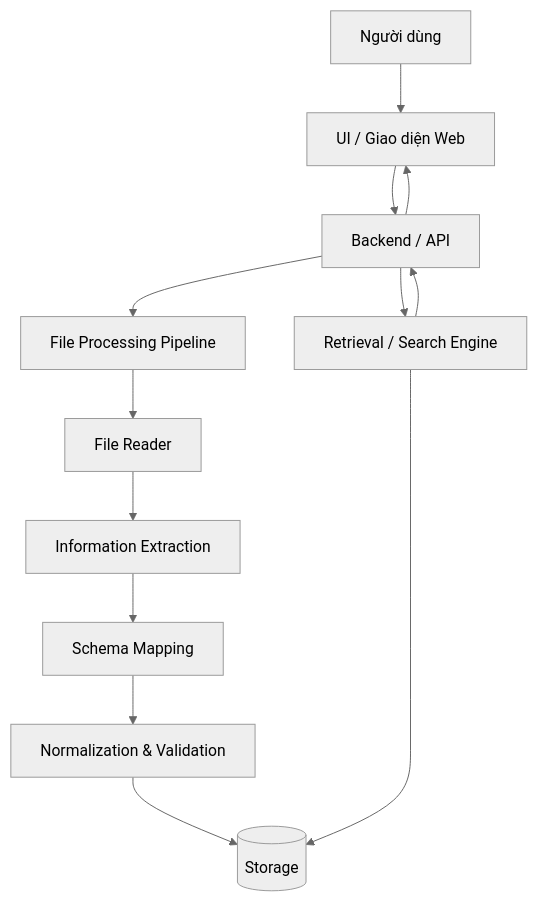
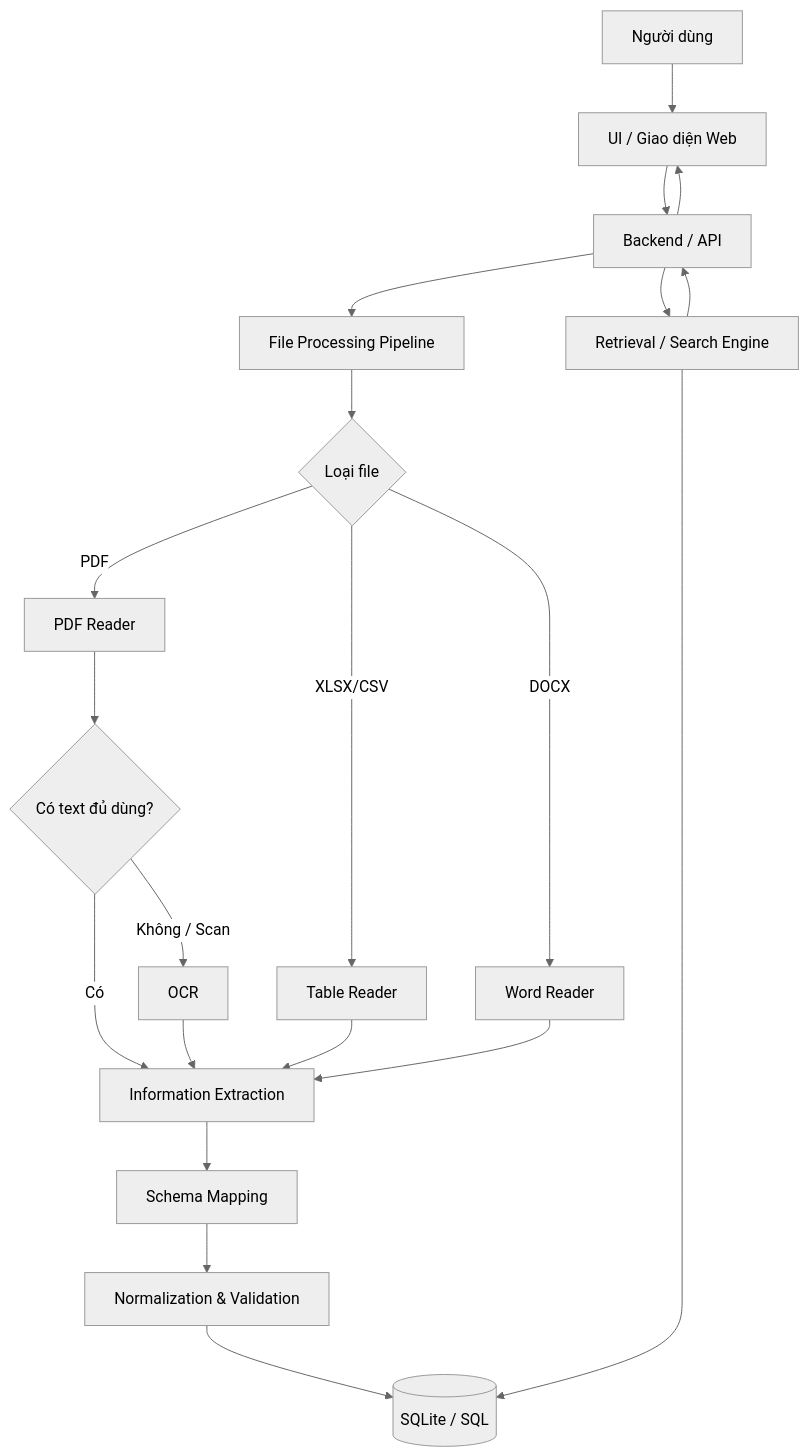
The diagram in docs/architecture.md (nguien27/CD_TTNT_Nhom1), drawn with Mermaid (neutral theme) before and after one commit. The commit also changed other lines of this file and 3 other files, not shown here.

````diff
--- a/docs/architecture.md
+++ b/docs/architecture.md
@@ -10,15 +11,29 @@
 ```mermaid
 flowchart TD
     U[Người dùng] --> UI[UI / Giao diện Web]
     UI --> B[Backend / API]
-    B --> F[File Processing Pipeline]
-    F --> R[File Reader]
-    R --> E[Information Extraction]
+
+    B --> FP[File Processing Pipeline]
+    FP --> D{Loại file}
+
+    D -->|XLSX/CSV| TAB[Table Reader]
+    D -->|DOCX| DOC[Word Reader]
+    D -->|PDF| P[PDF Reader]
+
+    P --> PT{Có text đủ dùng?}
+    PT -->|Có| E[Information Extraction]
+    PT -->|Không / Scan| OCR[OCR]
+    OCR --> E
+
+    TAB --> E
+    DOC --> E
+
     E --> M[Schema Mapping]
     M --> N[Normalization & Validation]
-    N --> S[(Storage)]
+    N --> SQL[(SQLite / SQL)]
+
     B --> Q[Retrieval / Search Engine]
-    Q --> S
+    Q --> SQL
     Q --> B
     B --> UI
 ```
````
